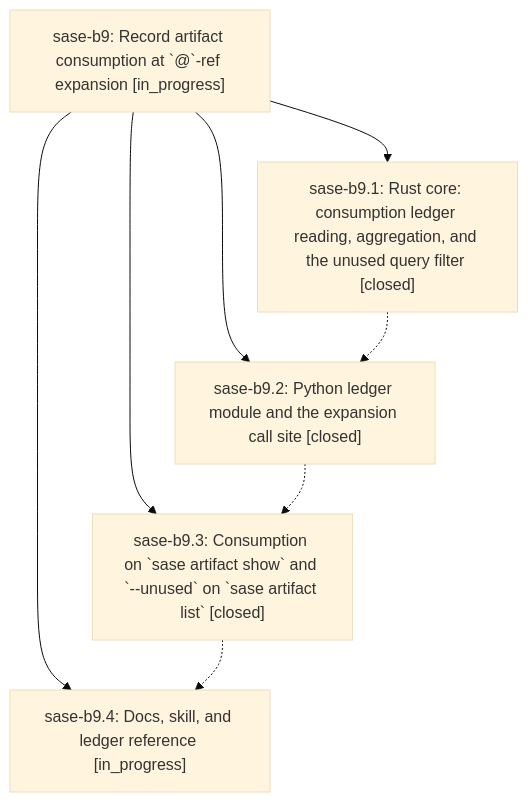
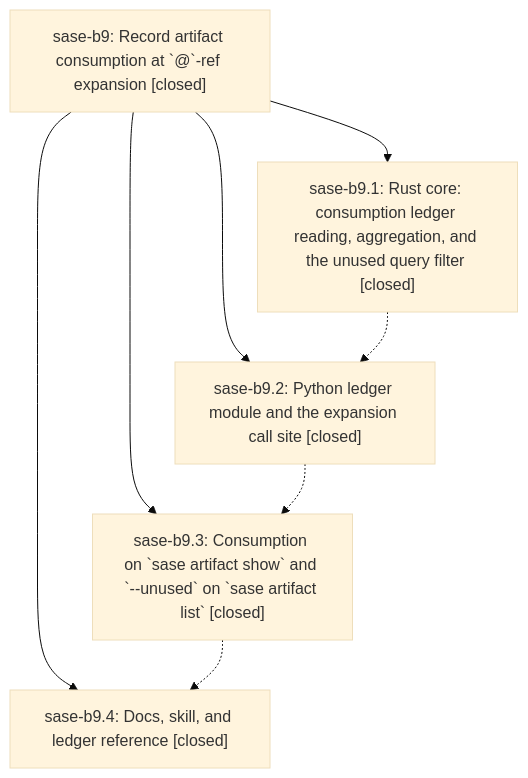
Before and after one commit to sase-org/sase--beads: the diagram in pages/sase-b9/README.md, drawn with Mermaid (base theme). The commit also changed other lines of this file and 2 other files, not shown here.

First line of the commit message:
chore(beads): sync bead state and pages for sase-b9

````diff
--- a/pages/sase-b9/README.md
+++ b/pages/sase-b9/README.md
@@ -25,15 +25,15 @@
 ```mermaid
 flowchart TD
-    n0["sase-b9: Record artifact consumption at `@`-ref expansion [in_progress]"]
+    n0["sase-b9: Record artifact consumption at `@`-ref expansion [closed]"]
     n1["sase-b9.1: Rust core: consumption ledger reading, aggregation, and the unused query filter [closed]"]
     n2["sase-b9.2: Python ledger module and the expansion call site [closed]"]
     n3["sase-b9.3: Consumption on `sase artifact show` and `--unused` on `sase artifact list` [closed]"]
-    n4["sase-b9.4: Docs, skill, and ledger reference [in_progress]"]
+    n4["sase-b9.4: Docs, skill, and ledger reference [closed]"]
     n0 --> n1
     n0 --> n2
     n0 --> n3
     n0 --> n4
     n1 -.-> n2
     n2 -.-> n3
     n3 -.-> n4
 ```
````
